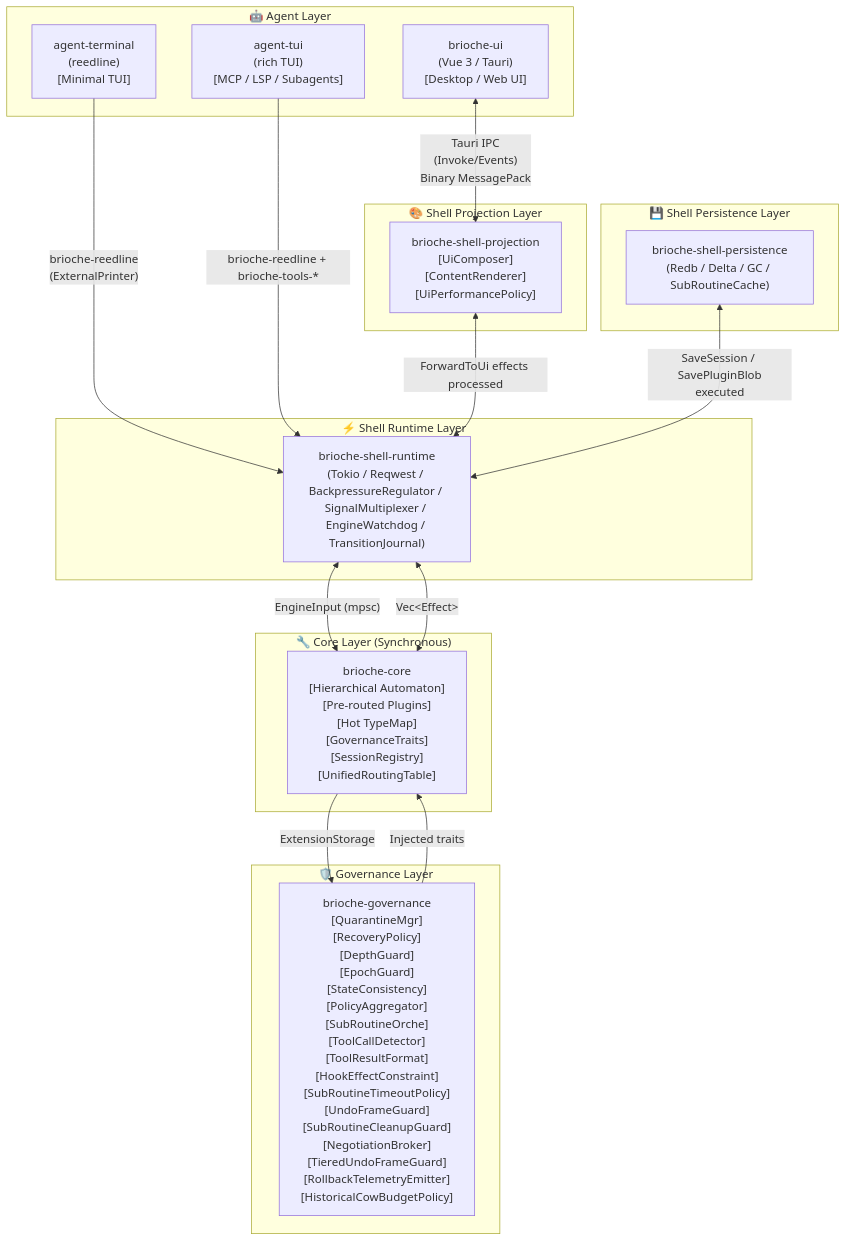
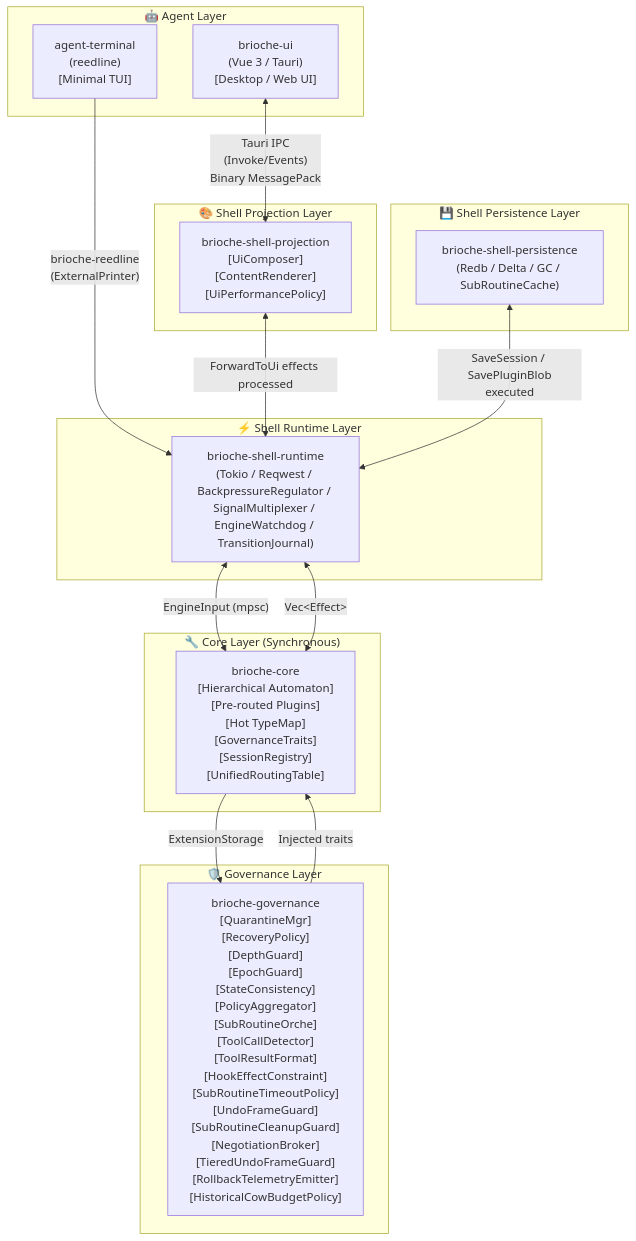
One commit to brio-labs/brioche changed the first of 3 diagrams in docs/SPECS.md. Above: the diagram before and after it, drawn with Mermaid. The commit also changed other lines of this file and 123 other files, not shown here.

````diff
--- a/docs/SPECS.md
+++ b/docs/SPECS.md
@@ -181,38 +181,36 @@
 ```mermaid
 flowchart TB
     subgraph AGENT["🤖 Agent Layer"]
         AGENT_TERM["agent-terminal<br/>(reedline)<br/>[Minimal TUI]"]
-        AGENT_TUI["agent-tui<br/>(rich TUI)<br/>[MCP / LSP / Subagents]"]
         AGENT_DESK["brioche-ui<br/>(Vue 3 / Tauri)<br/>[Desktop / Web UI]"]
     end
 
     subgraph SHELL_PROJ["🎨 Shell Projection Layer"]
         SHELL_PROJ_APP["brioche-shell-projection<br/>[UiComposer]<br/>[ContentRenderer]<br/>[UiPerformancePolicy]"]
     end
 
     subgraph SHELL_PERS["💾 Shell Persistence Layer"]
         SHELL_PERS_APP["brioche-shell-persistence<br/>(Redb / Delta / GC / SubRoutineCache)"]
     end
 
     subgraph SHELL_RT["⚡ Shell Runtime Layer"]
         SHELL_RT_APP["brioche-shell-runtime<br/>(Tokio / Reqwest / BackpressureRegulator / SignalMultiplexer / EngineWatchdog / TransitionJournal)"]
     end
 
     subgraph CORE["🔧 Core Layer (Synchronous)"]
         CORE_APP["brioche-core<br/>[Hierarchical Automaton]<br/>[Pre-routed Plugins]<br/>[Hot TypeMap]<br/>[GovernanceTraits]<br/>[SessionRegistry]<br/>[UnifiedRoutingTable]"]
     end
 
     subgraph GOV["🛡️ Governance Layer"]
         GOV_APP["brioche-governance<br/>[QuarantineMgr]<br/>[RecoveryPolicy]<br/>[DepthGuard]<br/>[EpochGuard]<br/>[StateConsistency]<br/>[PolicyAggregator]<br/>[SubRoutineOrche]<br/>[ToolCallDetector]<br/>[ToolResultFormat]<br/>[HookEffectConstraint]<br/>[SubRoutineTimeoutPolicy]<br/>[UndoFrameGuard]<br/>[SubRoutineCleanupGuard]<br/>[NegotiationBroker]<br/>[TieredUndoFrameGuard]<br/>[RollbackTelemetryEmitter]<br/>[HistoricalCowBudgetPolicy]"]
     end
 
     AGENT_DESK <-->|"Tauri IPC<br/>(Invoke/Events)<br/>Binary MessagePack"| SHELL_PROJ_APP
     AGENT_TERM -->|"brioche-reedline<br/>(ExternalPrinter)"| SHELL_RT_APP
-    AGENT_TUI -->|"brioche-reedline + brioche-tools-*"| SHELL_RT_APP
     SHELL_PROJ_APP <-->|"ForwardToUi effects processed"| SHELL_RT_APP
+    SHELL_PERS_APP <-->|"SaveSession / SavePluginBlob<br/>executed"| SHELL_RT_APP
     SHELL_RT_APP <-->|"EngineInput (mpsc)"| CORE_APP
     SHELL_RT_APP <-->|"Vec&lt;Effect&gt;"| CORE_APP
-    SHELL_PERS_APP <-->|"SaveSession / SavePluginBlob<br/>executed"| SHELL_RT_APP
     GOV_APP -->|"Injected traits"| CORE_APP
     CORE_APP -->|"ExtensionStorage"| GOV_APP
 ```
````
